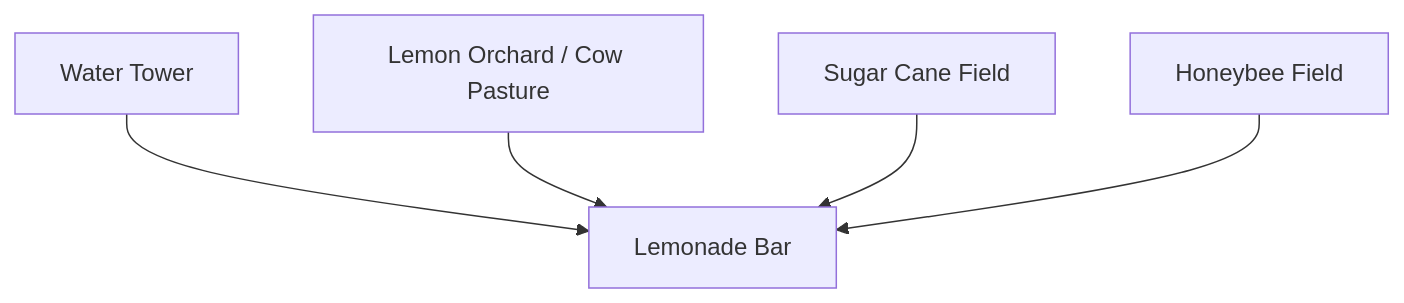
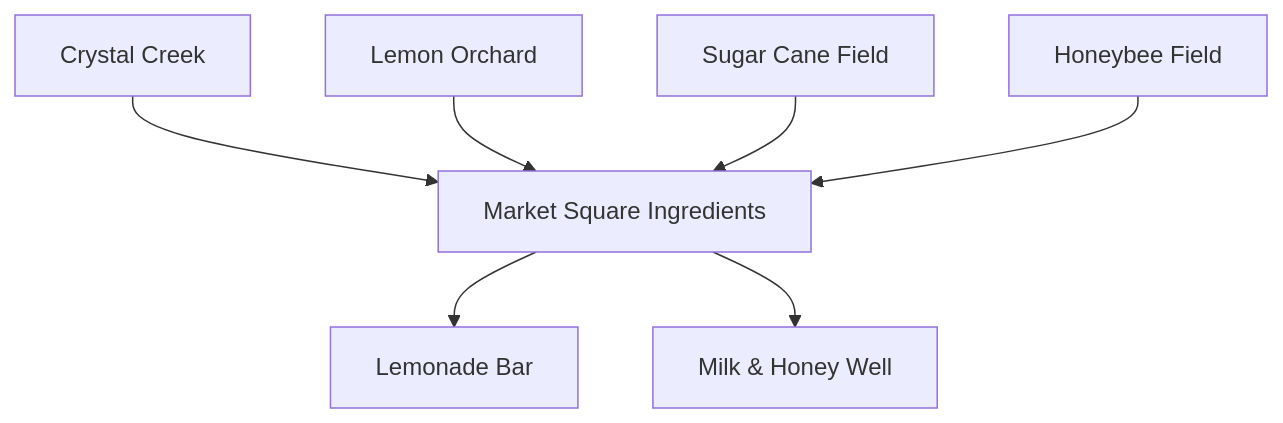
One commit to vnovak404/pony changed the second of 4 diagrams in docs/supply-flows.md. Above: the diagram before and after it, drawn with Mermaid. The commit also changed other lines of this file and 56 other files, not shown here.

````diff
--- a/docs/supply-flows.md
+++ b/docs/supply-flows.md
@@ -17,7 +18,9 @@
 ```mermaid
 graph TD
-  Water[Water Tower] --> Lemonade[Lemonade Bar]
-  LemonOrchard[Lemon Orchard / Cow Pasture] --> Lemonade
-  Sugar[Sugar Cane Field] --> Lemonade
-  Honey[Honeybee Field] --> Lemonade
+  Creek[Crystal Creek] --> Market[Market Square Ingredients]
+  LemonOrchard[Lemon Orchard] --> Market
+  Sugar[Sugar Cane Field] --> Market
+  Honey[Honeybee Field] --> Market
+  Market --> Lemonade[Lemonade Bar]
+  Market --> MilkHoney[Milk & Honey Well]
 ```
````
